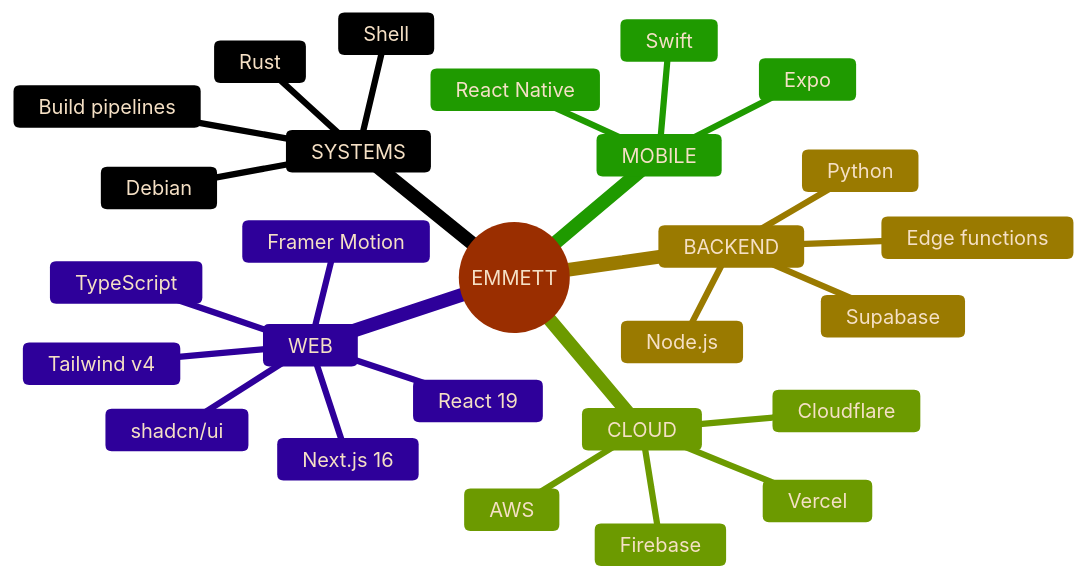
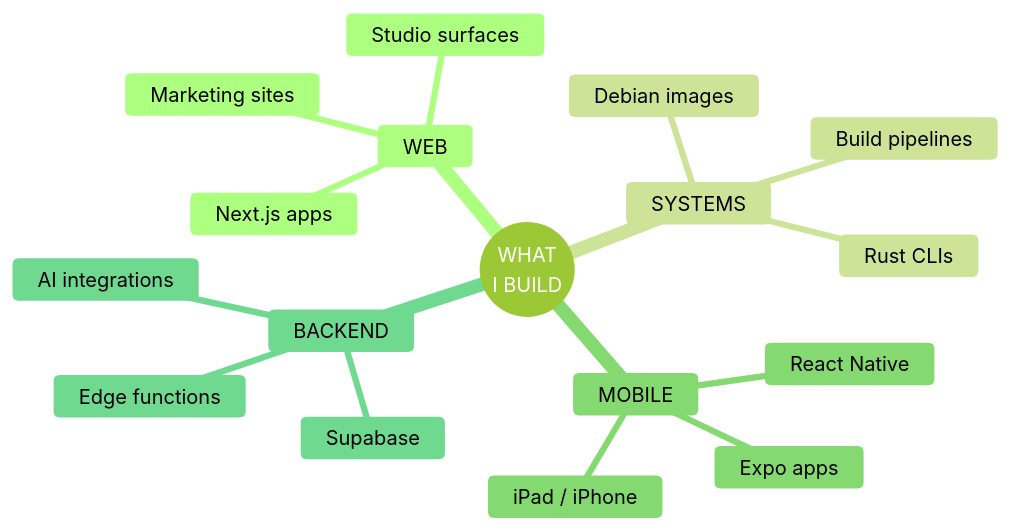
One commit to RealEmmettS/RealEmmettS changed the diagram in README.md. Above: the diagram before and after it, drawn with Mermaid. The commit also changed other lines of this file, not shown here.

````diff
--- a/README.md
+++ b/README.md
@@ -149,31 +149,21 @@
 ```mermaid
-%%{init: {'theme':'base','themeVariables':{'primaryColor':'#FF5E1A','primaryTextColor':'#F5E0C5','primaryBorderColor':'#204F20','lineColor':'#C2A83E','background':'#090909','mainBkg':'#090909','tertiaryColor':'#204F20'}}}%%
+%%{init: {'theme':'forest'}}%%
 mindmap
-  root((EMMETT))
+  root((WHAT<br/>I BUILD))
     WEB
-      TypeScript
-      Next.js 16
-      React 19
-      Tailwind v4
-      shadcn/ui
-      Framer Motion
+      Next.js apps
+      Studio surfaces
+      Marketing sites
     SYSTEMS
-      Rust
-      Shell
-      Debian
+      Rust CLIs
+      Debian images
       Build pipelines
+    MOBILE
+      Expo apps
+      React Native
+      iPad / iPhone
     BACKEND
-      Node.js
-      Python
       Supabase
       Edge functions
-    CLOUD
-      Vercel
-      Cloudflare
-      AWS
-      Firebase
-    MOBILE
-      Expo
-      React Native
-      Swift
+      AI integrations
 ```
````
